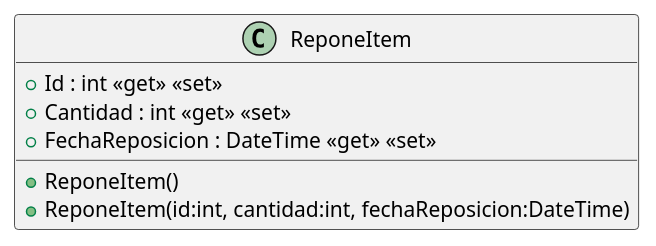
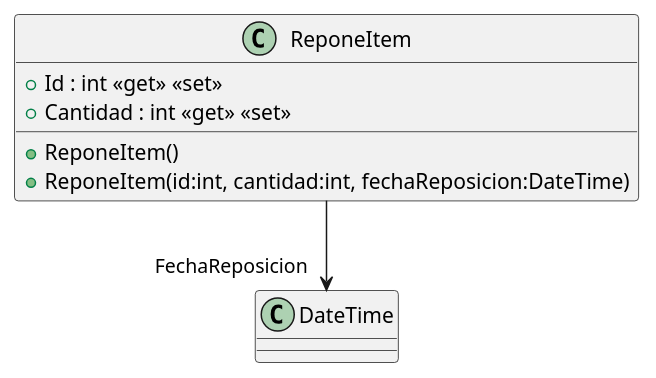
One commit to ISII2627JRJ/ISII2627JRJ changed the diagram in src/AppForSEII.API/ClassDiagram/ReponeItem.puml. Above: the diagram before and after it, drawn with PlantUML. The commit also changed 11 other files, not shown here.

```diff
--- a/src/AppForSEII.API/ClassDiagram/ReponeItem.puml
+++ b/src/AppForSEII.API/ClassDiagram/ReponeItem.puml
@@ -1,9 +1,9 @@
 @startuml
 class ReponeItem {
     + ReponeItem()
     + ReponeItem(id:int, cantidad:int, fechaReposicion:DateTime)
     + Id : int <<get>> <<set>>
     + Cantidad : int <<get>> <<set>>
-    + FechaReposicion : DateTime <<get>> <<set>>
 }
+ReponeItem --> "FechaReposicion" DateTime
 @enduml
```
